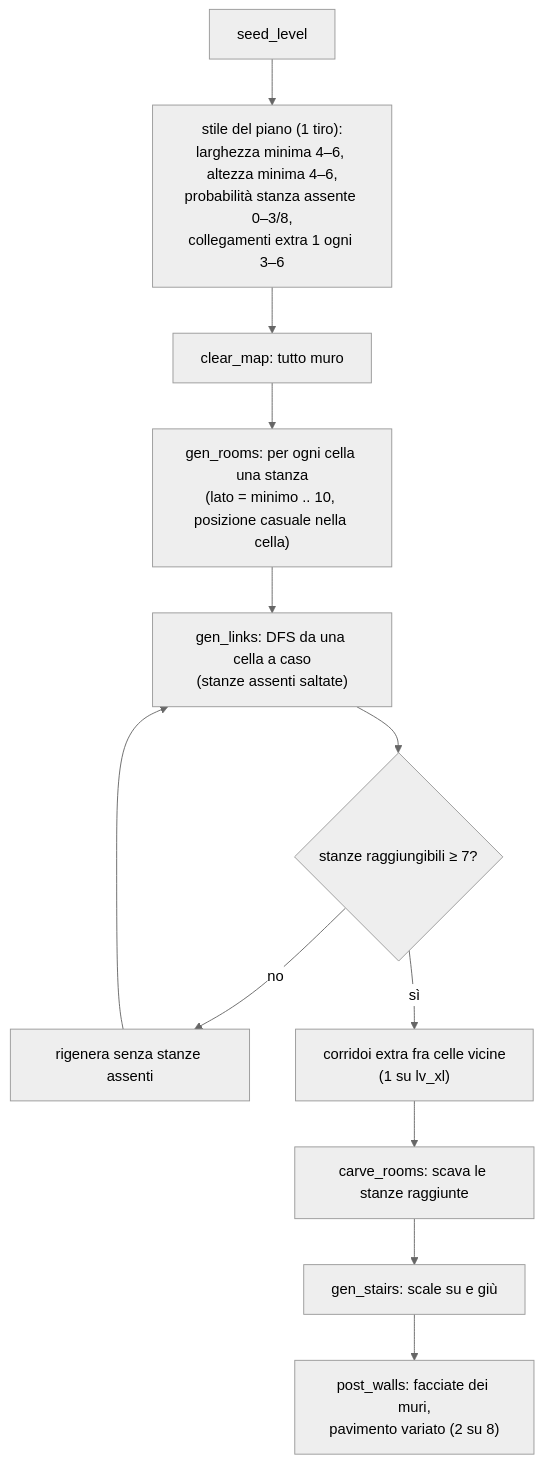
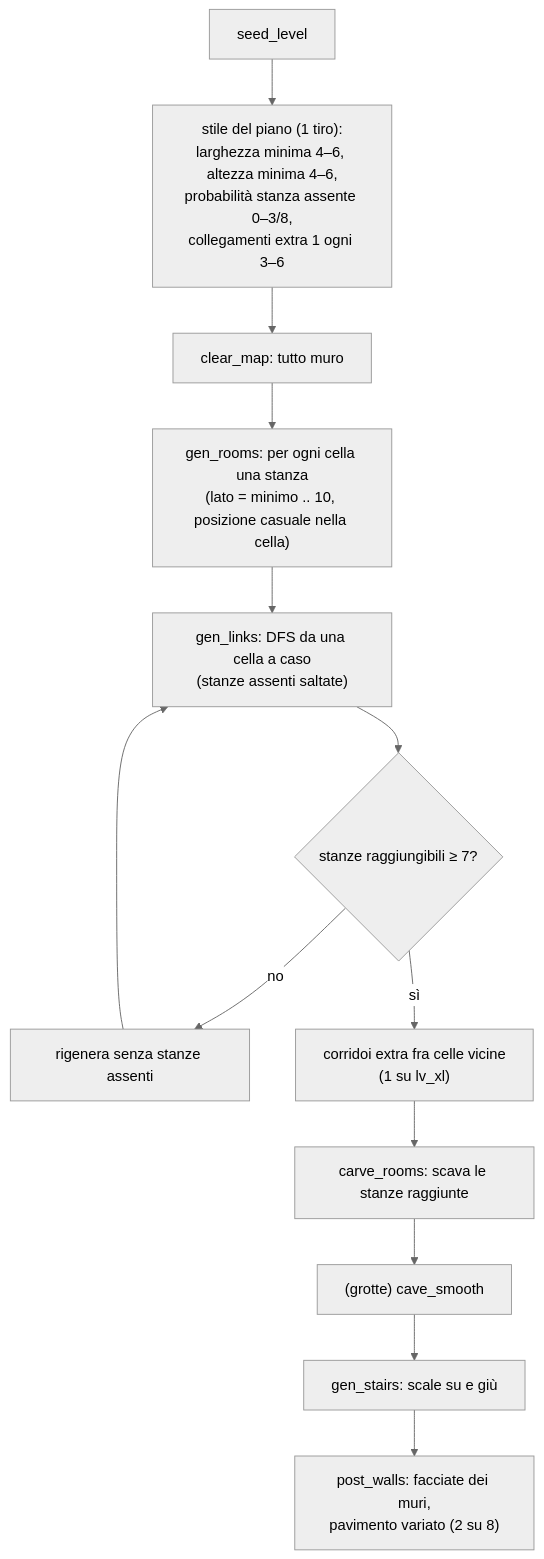
Before and after one commit to caporalesimone/barbarian-the-blood-path: the first of 2 diagrams in docs/wiki/dungeon.md, drawn with Mermaid (neutral theme). The commit also changed other lines of this file and 21 other files, not shown here.

````diff
--- a/docs/wiki/dungeon.md
+++ b/docs/wiki/dungeon.md
@@ -42,13 +42,13 @@
 ```mermaid
 flowchart TD
     S["seed_level"] --> ST["stile del piano (1 tiro):<br/>larghezza minima 4–6, altezza minima 4–6,<br/>probabilità stanza assente 0–3/8,<br/>collegamenti extra 1 ogni 3–6"]
     ST --> CM["clear_map: tutto muro"]
     CM --> GR["gen_rooms: per ogni cella una stanza<br/>(lato = minimo .. 10, posizione casuale nella cella)"]
     GR --> GL["gen_links: DFS da una cella a caso<br/>(stanze assenti saltate)"]
     GL --> CK{"stanze raggiungibili ≥ 7?"}
     CK -->|no| NA["rigenera senza stanze assenti"] --> GL
     CK -->|sì| EX["corridoi extra fra celle vicine<br/>(1 su lv_xl)"]
     EX --> CR["carve_rooms: scava le stanze raggiunte"]
-    CR --> GS["gen_stairs: scale su e giù"]
+    CR --> SM["(grotte) cave_smooth"] --> GS["gen_stairs: scale su e giù"]
     GS --> PW["post_walls: facciate dei muri,<br/>pavimento variato (2 su 8)"]
 ```
````
